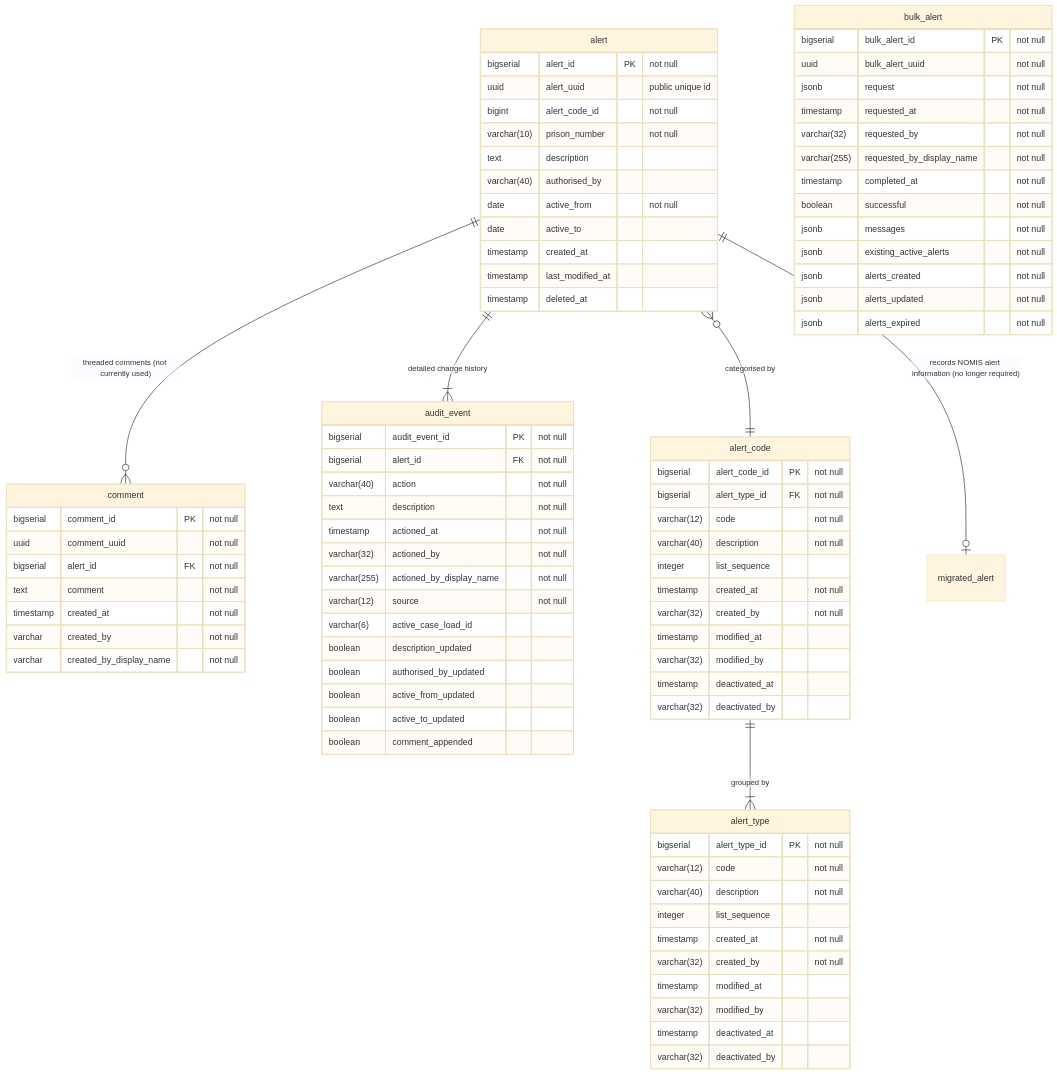
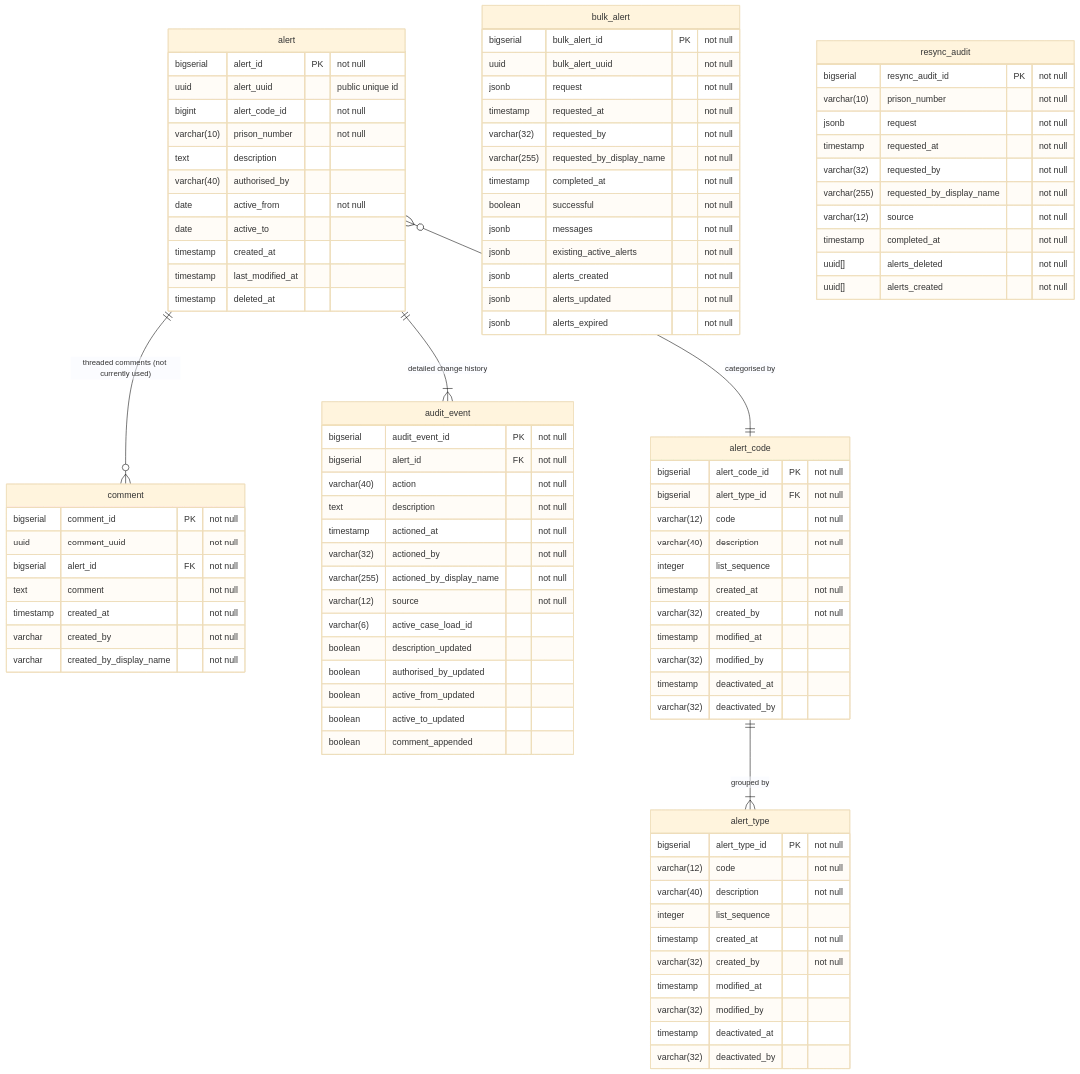
The diagram in datamodel.mermaid (ministryofjustice/hmpps-alerts-api), drawn with Mermaid (base theme) before and after one commit. The commit also changed 6 other files, not shown here.

First line of the commit message:
MIAD-112 add resync audit when processing resync request (#164)

```diff
--- a/datamodel.mermaid
+++ b/datamodel.mermaid
@@ -1,90 +1,102 @@
 erDiagram
     alert one to zero or more comment : "threaded comments (not currently used)"
     alert one to one or more audit_event : "detailed change history"
     alert many to one alert_code : "categorised by"
     alert_code one to one or more alert_type : "grouped by"
-    alert one to zero or one migrated_alert : "records NOMIS alert information (no longer required)"
 
     alert {
         bigserial alert_id PK "not null"
         uuid alert_uuid "public unique id"
         bigint alert_code_id "not null"
         varchar(10) prison_number "not null"
         text description
         varchar(40) authorised_by
         date active_from "not null"
         date active_to
         timestamp created_at
         timestamp last_modified_at
         timestamp deleted_at
     }
 
     comment {
         bigserial comment_id PK "not null"
         uuid comment_uuid "not null"
         bigserial alert_id FK "not null"
         text comment "not null"
         timestamp created_at "not null"
         varchar created_by "not null"
         varchar created_by_display_name "not null"
     }
 
     audit_event {
         bigserial audit_event_id PK "not null"
         bigserial alert_id FK "not null"
         varchar(40) action "not null"
         text description "not null"
         timestamp actioned_at "not null"
         varchar(32) actioned_by "not null"
         varchar(255) actioned_by_display_name "not null"
         varchar(12) source "not null"
         varchar(6) active_case_load_id
         boolean description_updated
         boolean authorised_by_updated
         boolean active_from_updated
         boolean active_to_updated
         boolean comment_appended
     }
 
     alert_code {
         bigserial alert_code_id PK "not null"
         bigserial alert_type_id FK "not null"
         varchar(12) code "not null"
         varchar(40) description "not null"
         integer list_sequence
         timestamp created_at "not null"
         varchar(32) created_by "not null"
         timestamp modified_at
         varchar(32) modified_by
         timestamp deactivated_at
         varchar(32) deactivated_by
     }
 
     alert_type {
         bigserial alert_type_id PK "not null"
         varchar(12) code "not null"
         varchar(40) description "not null"
         integer list_sequence
         timestamp created_at "not null"
         varchar(32) created_by "not null"
         timestamp modified_at
         varchar(32) modified_by
         timestamp deactivated_at
         varchar(32) deactivated_by
     }
 
     bulk_alert {
         bigserial bulk_alert_id PK "not null"
         uuid bulk_alert_uuid "not null"
         jsonb request "not null"
         timestamp requested_at "not null"
         varchar(32) requested_by "not null"
         varchar(255) requested_by_display_name "not null"
         timestamp completed_at "not null"
         boolean successful "not null"
         jsonb messages "not null"
         jsonb existing_active_alerts "not null"
         jsonb alerts_created "not null"
         jsonb alerts_updated "not null"
         jsonb alerts_expired "not null"
     }
+
+    resync_audit {
+        bigserial resync_audit_id PK "not null"
+        varchar(10) prison_number "not null"
+        jsonb request "not null"
+        timestamp requested_at "not null"
+        varchar(32) requested_by "not null"
+        varchar(255) requested_by_display_name "not null"
+        varchar(12) source "not null"
+        timestamp completed_at "not null"
+        uuid[] alerts_deleted "not null"
+        uuid[] alerts_created "not null"
+    }
```
